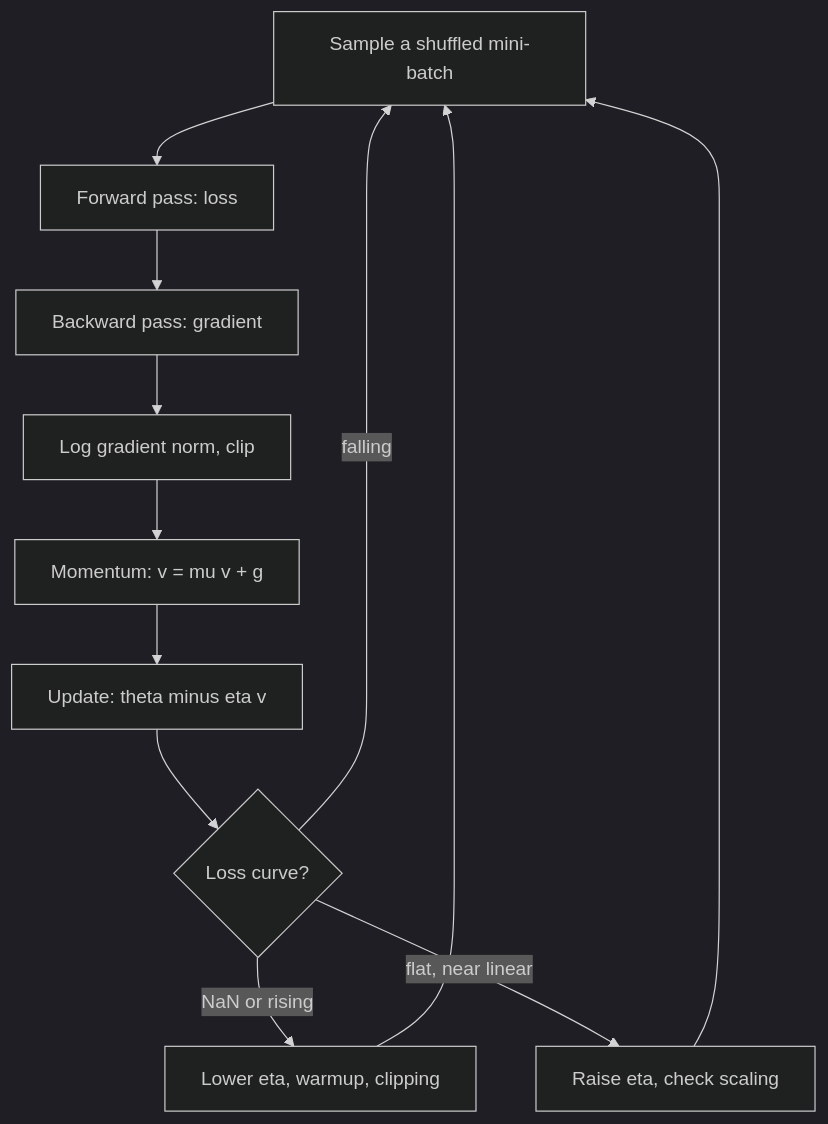
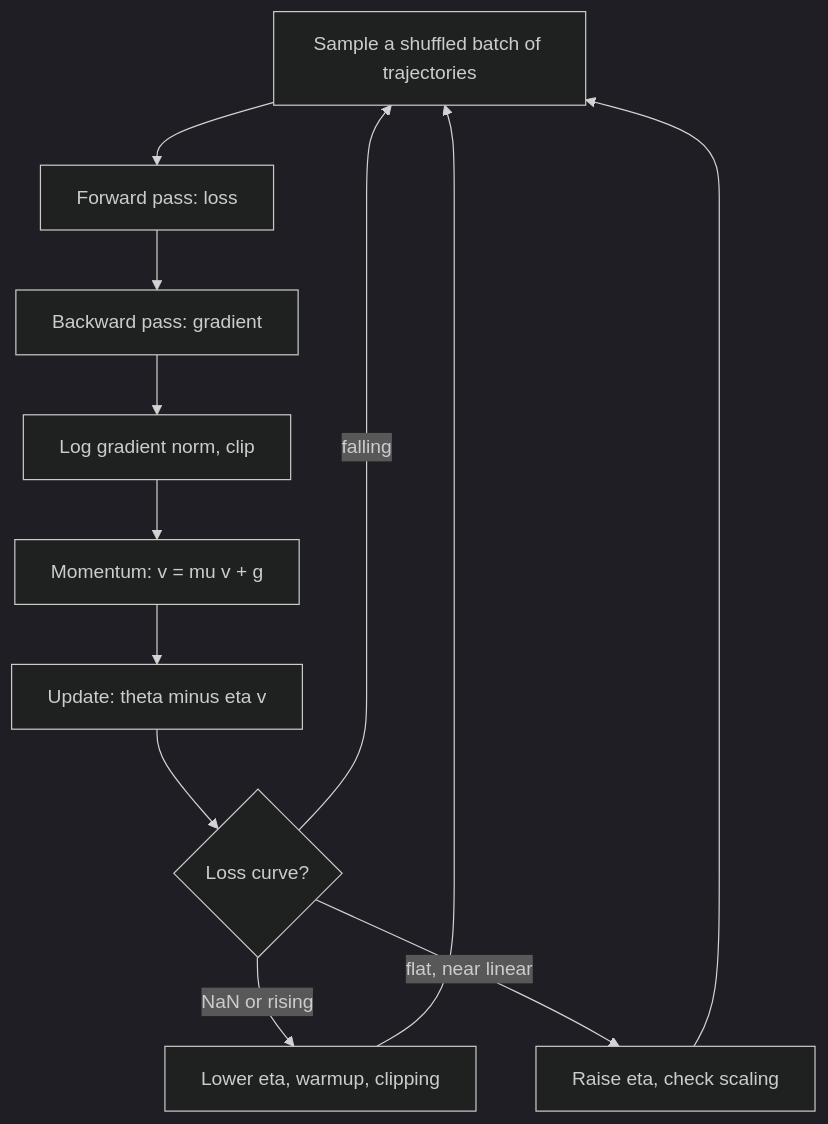
Before and after one commit to lovishmahajan97/agentic-learning: the diagram in content/ml-fundamentals/gradient-descent.md, drawn with Mermaid (dark theme). The commit also changed other lines of this file and 485 other files, not shown here.

````diff
--- a/content/ml-fundamentals/gradient-descent.md
+++ b/content/ml-fundamentals/gradient-descent.md
@@ -110,14 +129,14 @@
 ```mermaid
 flowchart TD
-    B["Sample a shuffled mini-batch"] --> F["Forward pass: loss"]
+    B["Sample a shuffled batch of trajectories"] --> F["Forward pass: loss"]
     F --> BW["Backward pass: gradient"]
     BW --> GN["Log gradient norm, clip"]
     GN --> M["Momentum: v = mu v + g"]
     M --> U["Update: theta minus eta v"]
     U --> C{"Loss curve?"}
     C -->|"NaN or rising"| LO["Lower eta, warmup, clipping"]
     C -->|"flat, near linear"| HI["Raise eta, check scaling"]
     C -->|"falling"| B
     LO --> B
     HI --> B
 ```
````
